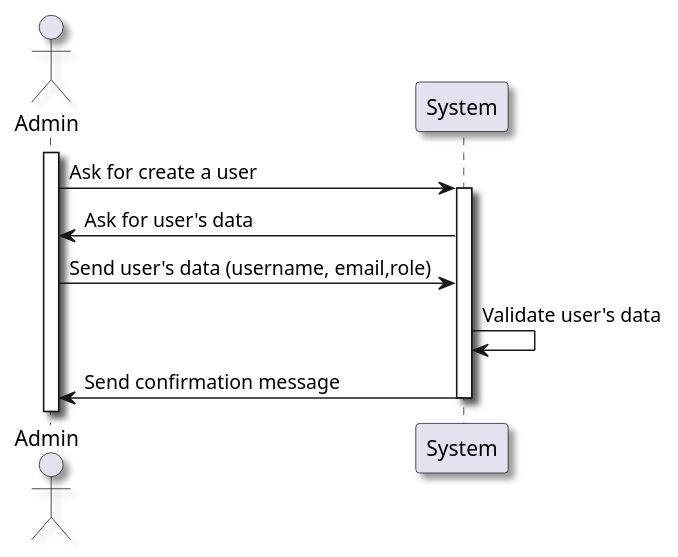
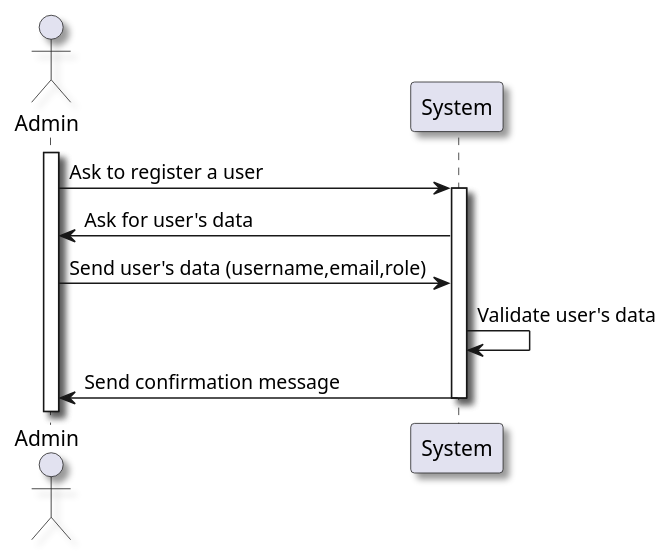
One commit to vscosousa/LAPR5_3DC_G15 changed the diagram in docs/sprint_A/us_5.1.1/level_1/puml/level_1.puml. Above: the diagram before and after it, drawn with PlantUML. The commit also changed 11 other files, not shown here.

```diff
--- a/docs/sprint_A/us_5.1.1/level_1/puml/level_1.puml
+++ b/docs/sprint_A/us_5.1.1/level_1/puml/level_1.puml
@@ -1,20 +1,20 @@
 @startuml US 5.1.1 Level 1
 
 skinparam handwritten false
 skinparam monochrome false
 skinparam packageStyle rect
 skinparam defaultFontName FG Virgil
 skinparam shadowing true
 
 actor Admin as AD
 
 activate AD
-AD -> System: Ask for create a user
+AD -> System: Ask to register a user
 activate System
 System -> AD: Ask for user's data
-AD -> System: Send user's data (username, email,role)
+AD -> System: Send user's data (username,email,role)
 System -> System: Validate user's data
 System -> AD: Send confirmation message
 deactivate System
 
 @enduml
```
